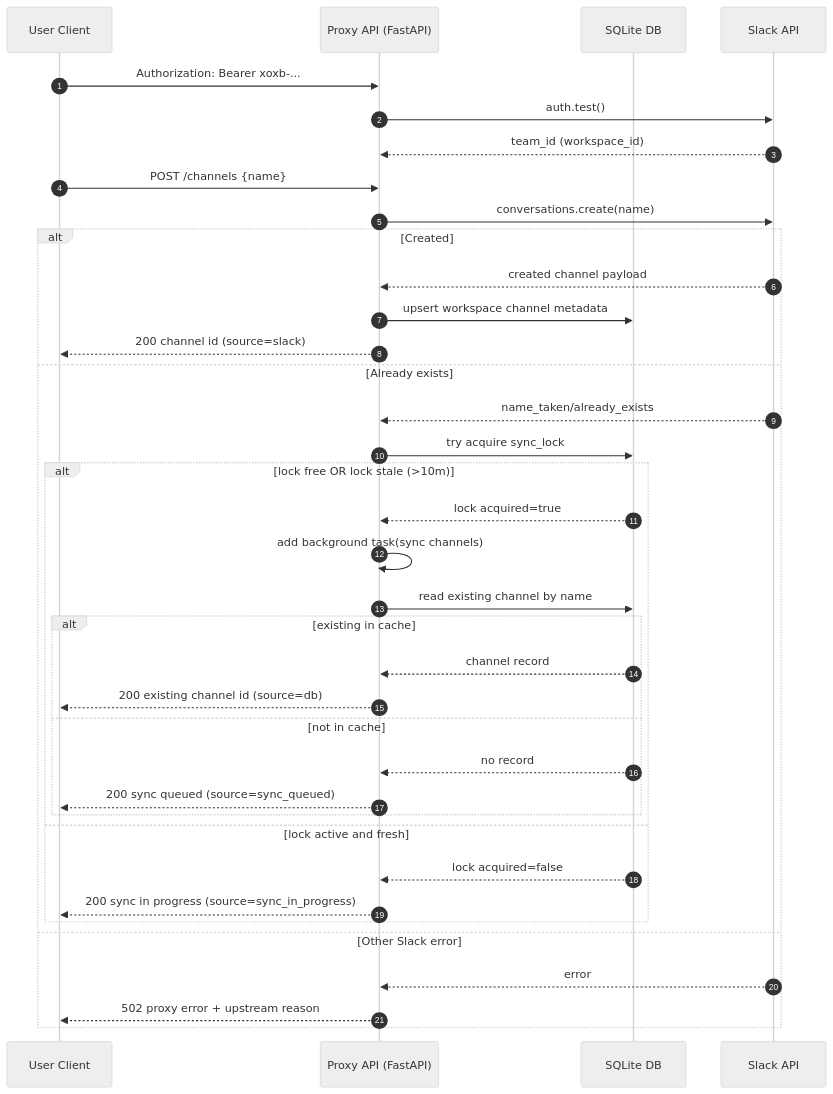
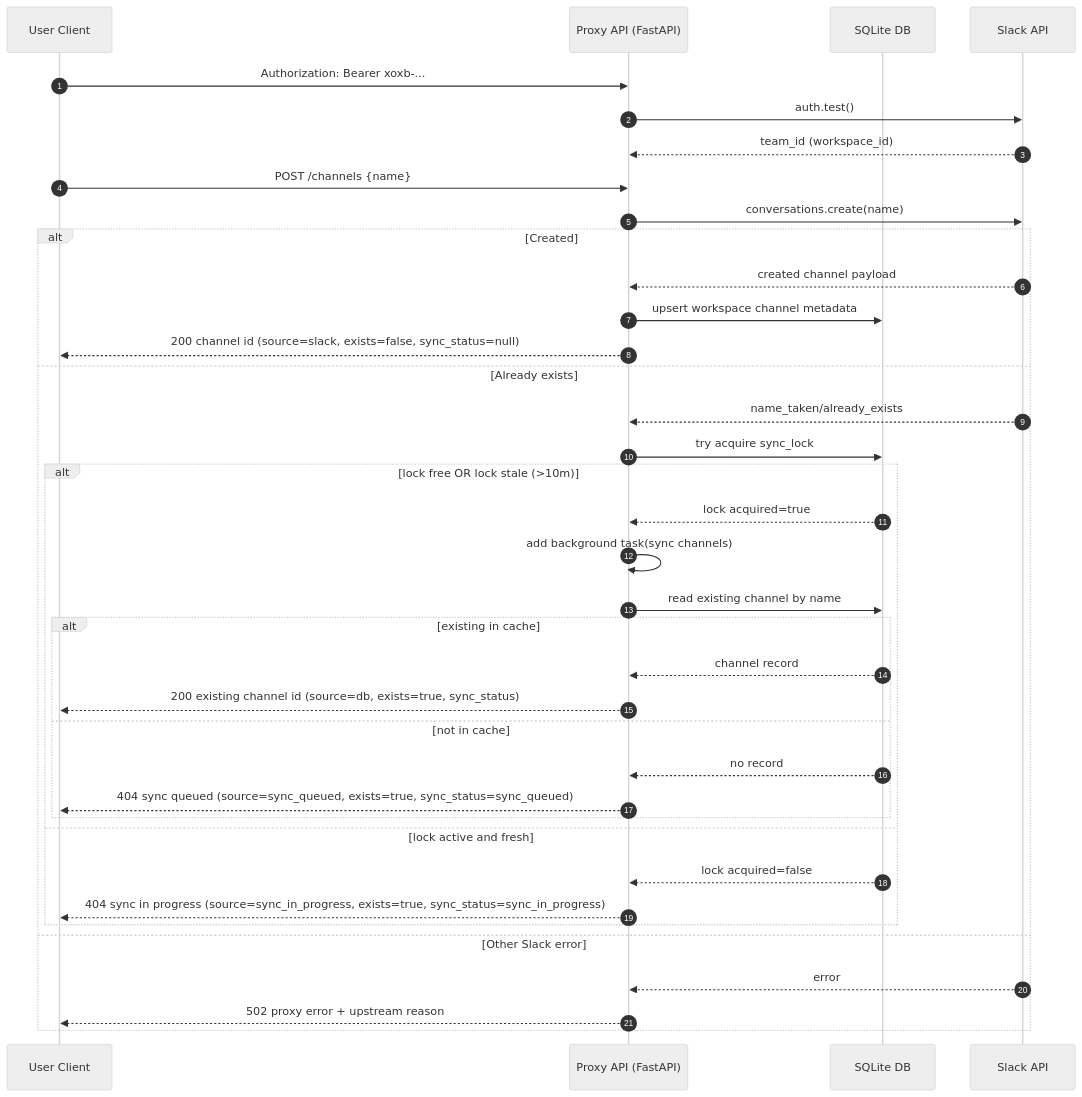
The second of 4 diagrams in flow.md (jha-hitesh/slack-channels-proxy), drawn with Mermaid (neutral theme) before and after one commit. The commit also changed other lines of this file and 14 other files, not shown here.

````diff
--- a/flow.md
+++ b/flow.md
@@ -27,40 +27,40 @@
 ```mermaid
 sequenceDiagram
   autonumber
   participant U as User Client
   participant P as Proxy API (FastAPI)
   participant D as SQLite DB
   participant S as Slack API
 
   U->>P: Authorization: Bearer xoxb-...
   P->>S: auth.test()
   S-->>P: team_id (workspace_id)
   U->>P: POST /channels {name}
   P->>S: conversations.create(name)
   alt Created
     S-->>P: created channel payload
     P->>D: upsert workspace channel metadata
-    P-->>U: 200 channel id (source=slack)
+    P-->>U: 200 channel id (source=slack, exists=false, sync_status=null)
   else Already exists
     S-->>P: name_taken/already_exists
     P->>D: try acquire sync_lock
     alt lock free OR lock stale (>10m)
       D-->>P: lock acquired=true
       P->>P: add background task(sync channels)
       P->>D: read existing channel by name
       alt existing in cache
         D-->>P: channel record
-        P-->>U: 200 existing channel id (source=db)
+        P-->>U: 200 existing channel id (source=db, exists=true, sync_status)
       else not in cache
         D-->>P: no record
-        P-->>U: 200 sync queued (source=sync_queued)
+        P-->>U: 404 sync queued (source=sync_queued, exists=true, sync_status=sync_queued)
       end
     else lock active and fresh
       D-->>P: lock acquired=false
-      P-->>U: 200 sync in progress (source=sync_in_progress)
+      P-->>U: 404 sync in progress (source=sync_in_progress, exists=true, sync_status=sync_in_progress)
     end
   else Other Slack error
     S-->>P: error
     P-->>U: 502 proxy error + upstream reason
   end
 ```
````
